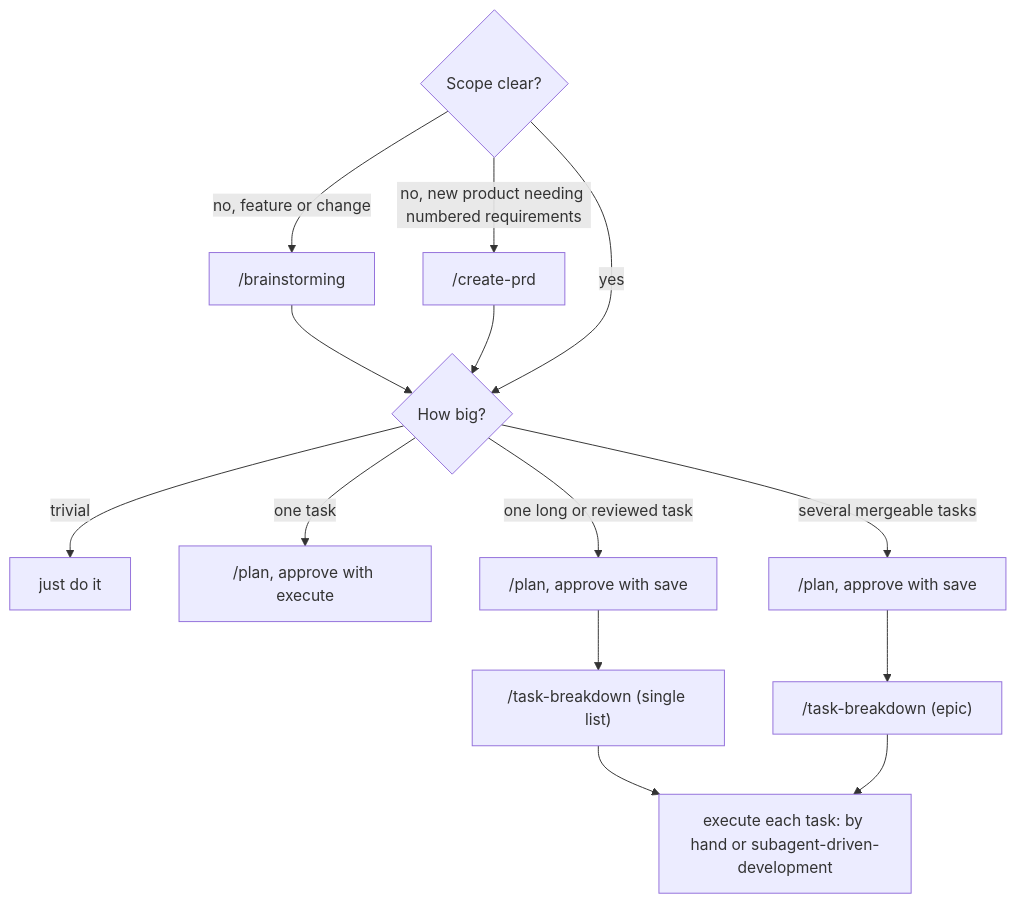
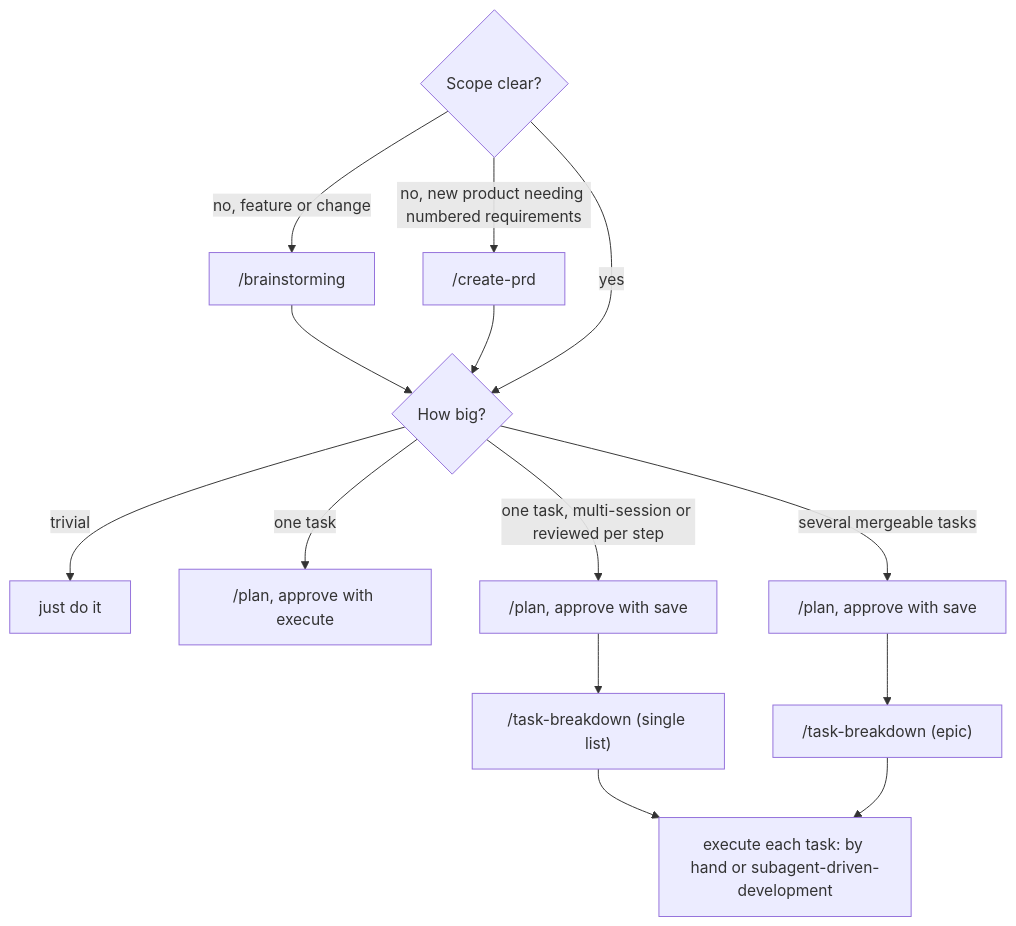
One commit to ton-anywhere/my-favorite-prompts changed the diagram in docs/using-skills.md. Above: the diagram before and after it, drawn with Mermaid. The commit also changed other lines of this file, not shown here.

Commit message:
docs(using-skills): clarify the single-list planning row

````diff
--- a/docs/using-skills.md
+++ b/docs/using-skills.md
@@ -23,10 +23,10 @@
 ```mermaid
 flowchart TD
   A{"Scope clear?"} -->|"no, feature or change"| BR["/brainstorming"] --> B
   A -->|"no, new product needing numbered requirements"| PRD["/create-prd"] --> B
   A -->|yes| B{"How big?"}
   B -->|trivial| D["just do it"]
   B -->|"one task"| P1["/plan, approve with execute"]
-  B -->|"one long or reviewed task"| P2["/plan, approve with save"] --> S["/task-breakdown (single list)"] --> X
+  B -->|"one task, multi-session or reviewed per step"| P2["/plan, approve with save"] --> S["/task-breakdown (single list)"] --> X
   B -->|"several mergeable tasks"| P3["/plan, approve with save"] --> E["/task-breakdown (epic)"] --> X["execute each task: by hand or subagent-driven-development"]
 ```
````
